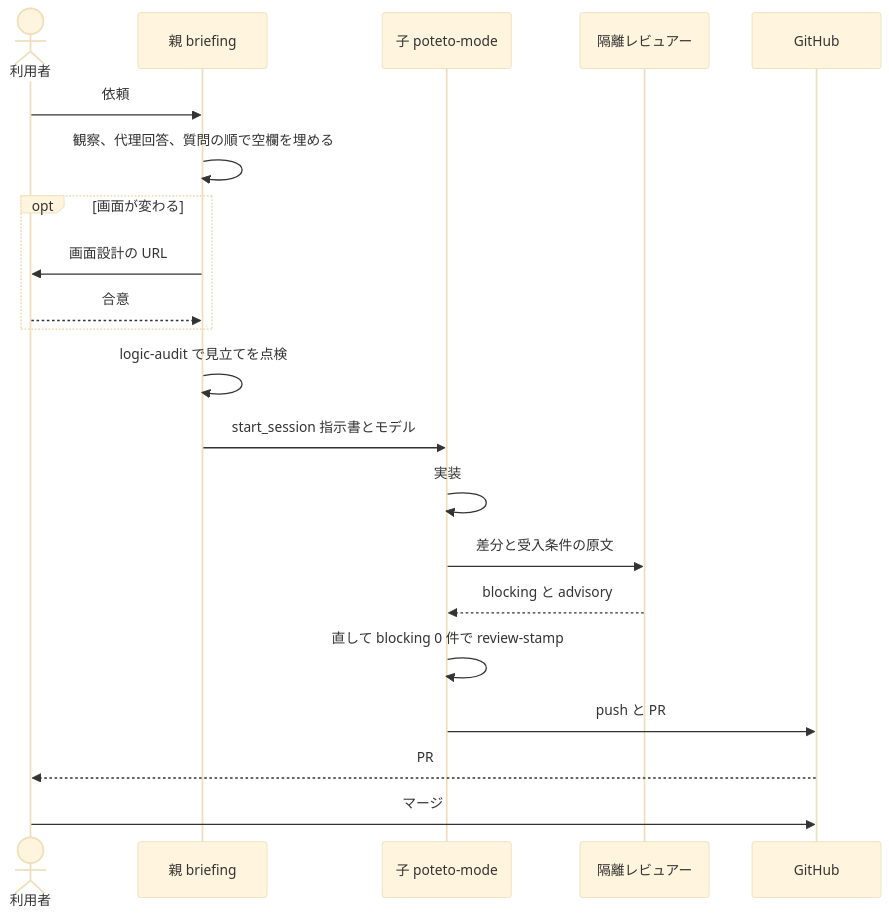
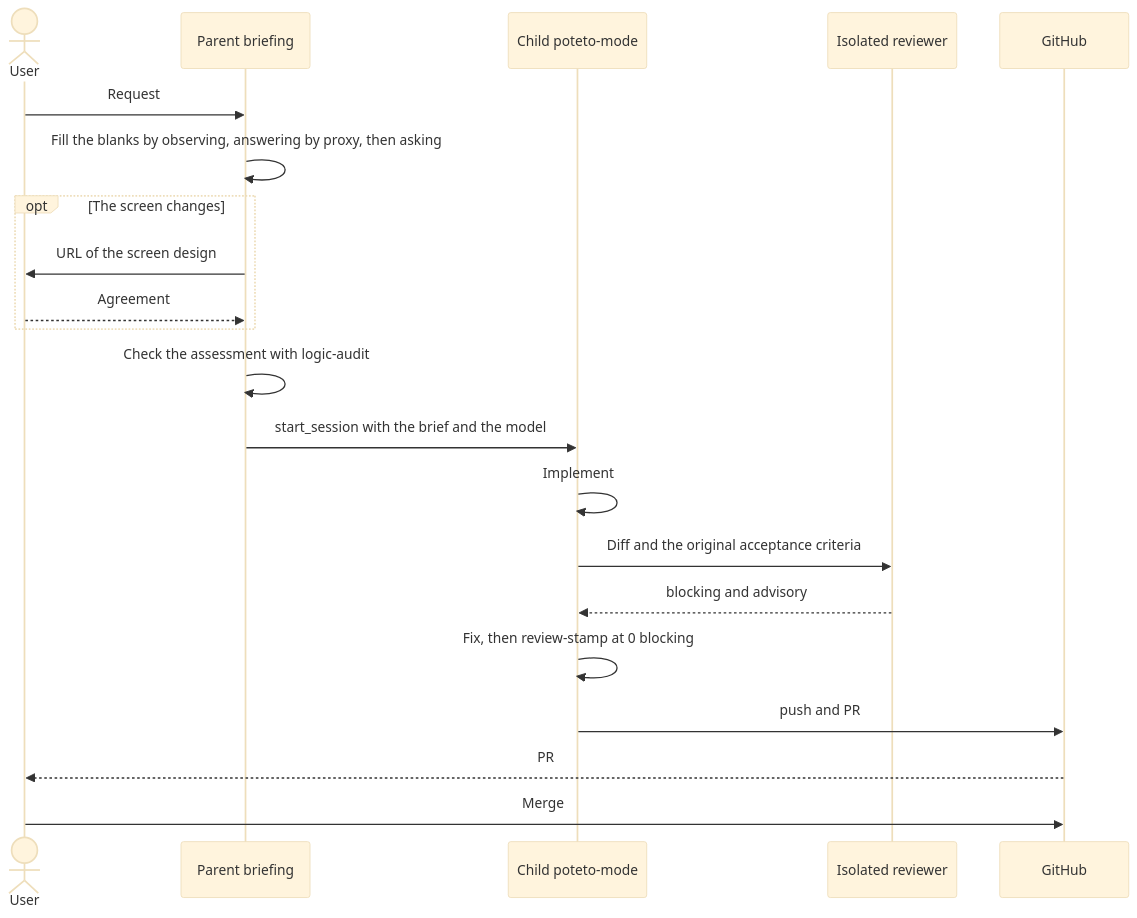
One commit to iamyosei/bigdaddy changed the second of 5 diagrams in docs/internals.md. Above: the diagram before and after it, drawn with Mermaid (base theme). The commit also changed other lines of this file and 8 other files, not shown here.

````diff
--- a/docs/internals.md
+++ b/docs/internals.md
@@ -43,23 +43,23 @@
 ```mermaid
 sequenceDiagram
-    actor U as 利用者
-    participant P as 親 briefing
-    participant C as 子 poteto-mode
-    participant R as 隔離レビュアー
+    actor U as User
+    participant P as Parent briefing
+    participant C as Child poteto-mode
+    participant R as Isolated reviewer
     participant G as GitHub
-    U->>P: 依頼
-    P->>P: 観察、代理回答、質問の順で空欄を埋める
-    opt 画面が変わる
-        P->>U: 画面設計の URL
-        U-->>P: 合意
+    U->>P: Request
+    P->>P: Fill the blanks by observing, answering by proxy, then asking
+    opt The screen changes
+        P->>U: URL of the screen design
+        U-->>P: Agreement
     end
-    P->>P: logic-audit で見立てを点検
-    P->>C: start_session 指示書とモデル
-    C->>C: 実装
-    C->>R: 差分と受入条件の原文
-    R-->>C: blocking と advisory
-    C->>C: 直して blocking 0 件で review-stamp
-    C->>G: push と PR
+    P->>P: Check the assessment with logic-audit
+    P->>C: start_session with the brief and the model
+    C->>C: Implement
+    C->>R: Diff and the original acceptance criteria
+    R-->>C: blocking and advisory
+    C->>C: Fix, then review-stamp at 0 blocking
+    C->>G: push and PR
     G-->>U: PR
-    U->>G: マージ
+    U->>G: Merge
 ```
````
